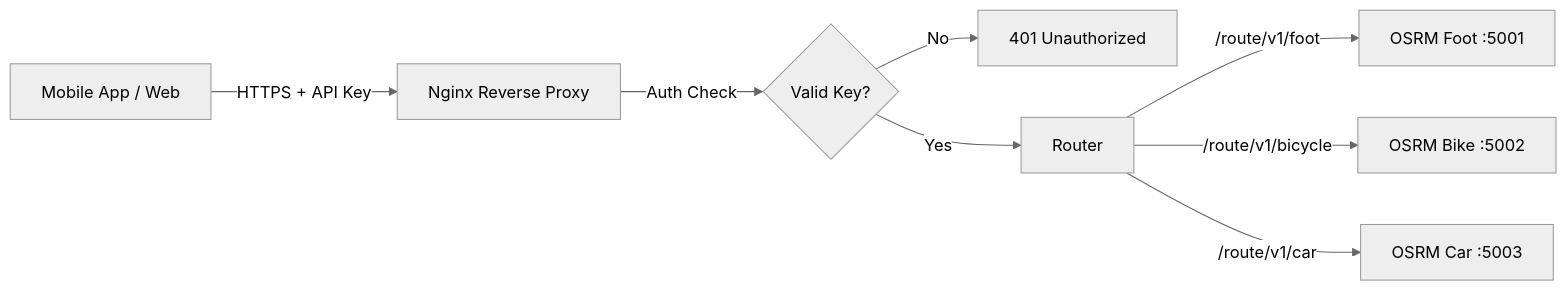
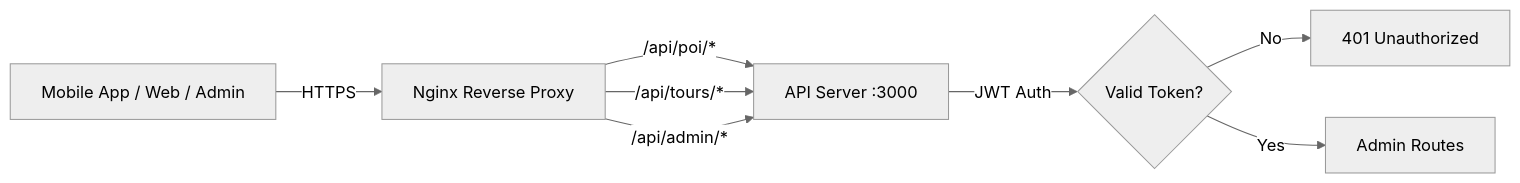
Before and after one commit to WatchTheGuide/wtg-route-machine: the diagram in project_documentation/BACKEND_DEPLOYMENT_REQUIREMENTS.md, drawn with Mermaid (neutral theme). The commit also changed other lines of this file and 4 other files, not shown here.

````diff
--- a/project_documentation/BACKEND_DEPLOYMENT_REQUIREMENTS.md
+++ b/project_documentation/BACKEND_DEPLOYMENT_REQUIREMENTS.md
@@ -9,10 +15,10 @@
 ```mermaid
 graph LR
-    Client[Mobile App / Web] -->|HTTPS + API Key| Nginx[Nginx Reverse Proxy]
-    Nginx -->|Auth Check| Auth{Valid Key?}
+    Client[Mobile App / Web / Admin] -->|HTTPS| Nginx[Nginx Reverse Proxy]
+    Nginx -->|/api/poi/*| API[API Server :3000]
+    Nginx -->|/api/tours/*| API
+    Nginx -->|/api/admin/*| API
+    API -->|JWT Auth| Auth{Valid Token?}
     Auth -->|No| 401[401 Unauthorized]
-    Auth -->|Yes| Router
-    Router -->|/route/v1/foot| OSRM_Foot[OSRM Foot :5001]
-    Router -->|/route/v1/bicycle| OSRM_Bike[OSRM Bike :5002]
-    Router -->|/route/v1/car| OSRM_Car[OSRM Car :5003]
+    Auth -->|Yes| AdminRoutes[Admin Routes]
 ```
````
